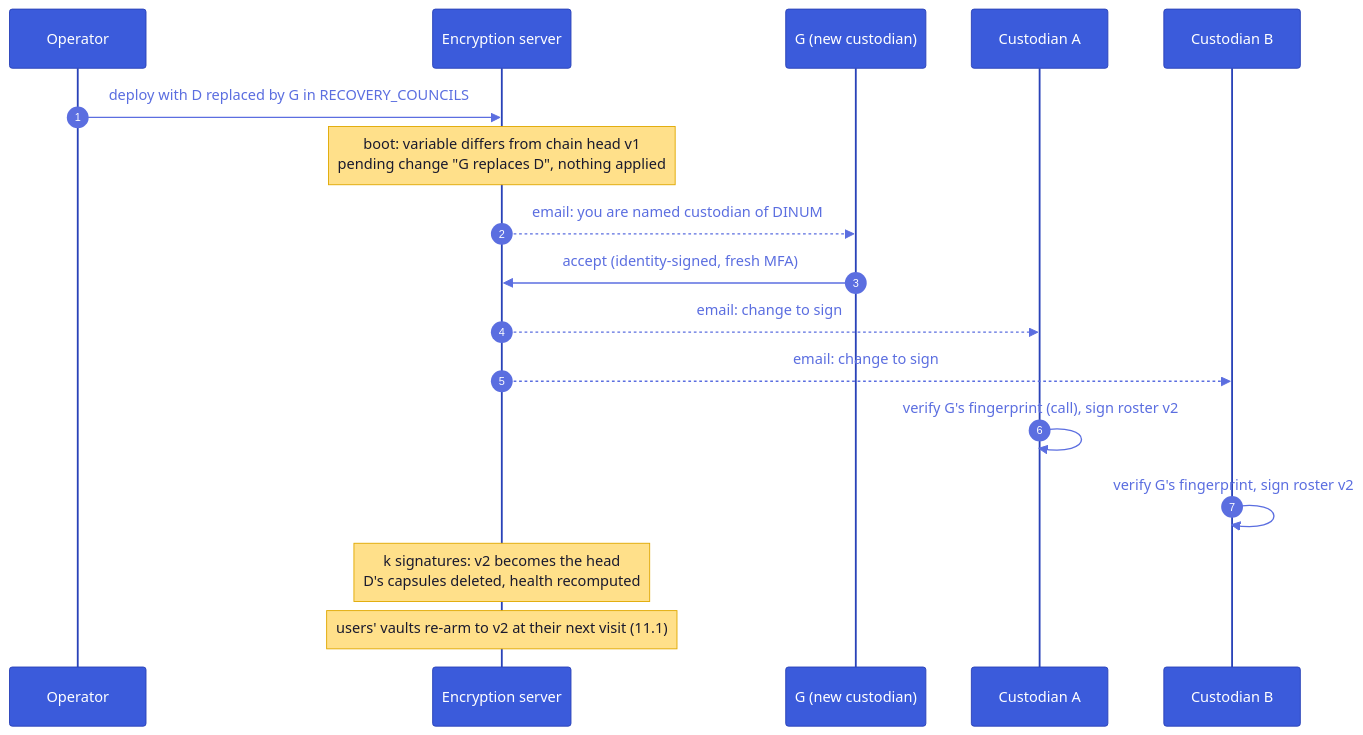
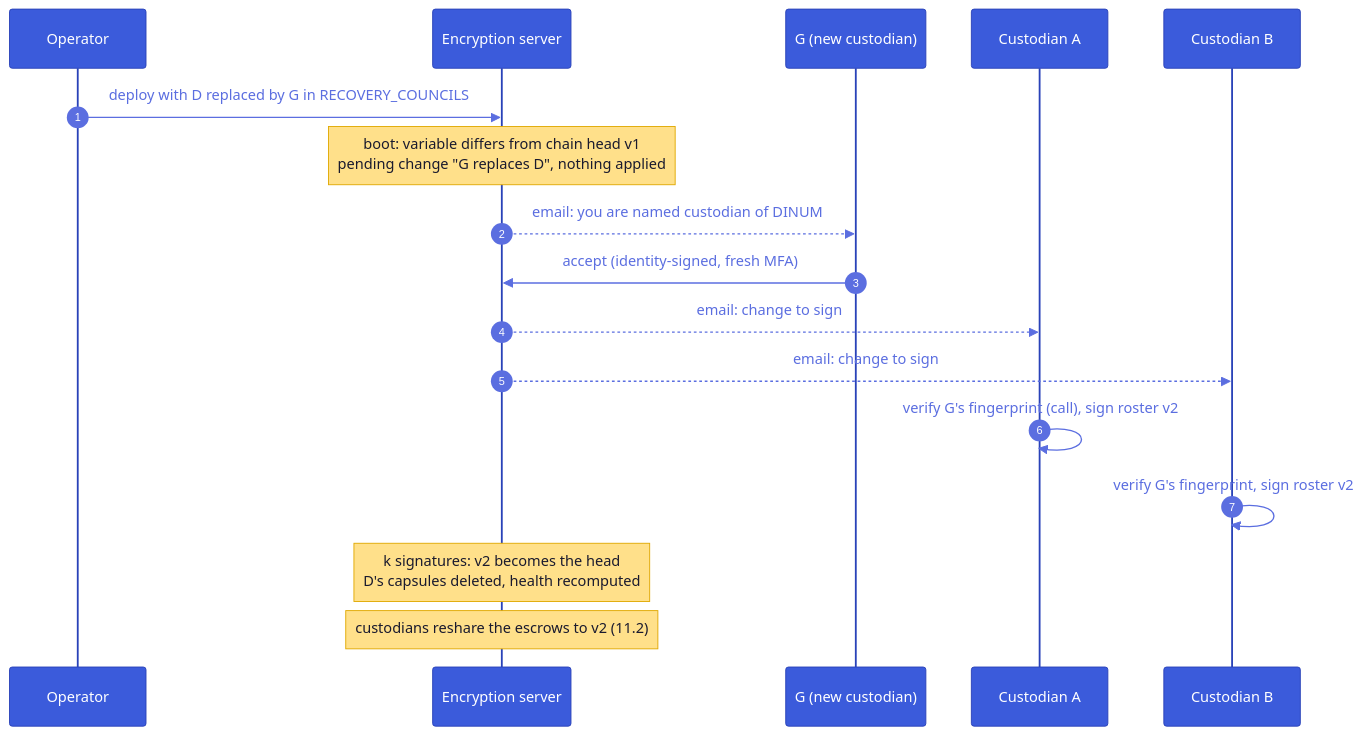
Before and after one commit to suitenumerique/encryption: diagram 14 of 22 in shamir.md, drawn with Mermaid. The commit also changed other lines of this file and 91 other files, not shown here.

````diff
--- a/shamir.md
+++ b/shamir.md
@@ -507,20 +564,20 @@
 ```mermaid
 %%{init: {'theme':'base','look':'classic','themeVariables':{'actorBkg':'#3b5bdb','actorTextColor':'#fff','actorBorder':'#2942b8','signalColor':'#5b6ee0','signalTextColor':'#5b6ee0','noteBkgColor':'#ffe08a','noteTextColor':'#1a1a2e','noteBorderColor':'#e0a800','sequenceNumberColor':'#fff'}}}%%
 sequenceDiagram
   autonumber
   participant OP as Operator
   participant API as Encryption server
   participant G as G (new custodian)
   participant A as Custodian A
   participant B as Custodian B
   OP->>API: deploy with D replaced by G in RECOVERY_COUNCILS
   Note over API: boot: variable differs from chain head v1<br/>pending change "G replaces D", nothing applied
   API-->>G: email: you are named custodian of DINUM
   G->>API: accept (identity-signed, fresh MFA)
   API-->>A: email: change to sign
   API-->>B: email: change to sign
   A->>A: verify G's fingerprint (call), sign roster v2
   B->>B: verify G's fingerprint, sign roster v2
   Note over API: k signatures: v2 becomes the head<br/>D's capsules deleted, health recomputed
-  Note over API: users' vaults re-arm to v2 at their next visit (11.1)
+  Note over API: custodians reshare the escrows to v2 (11.2)
 ```
````
